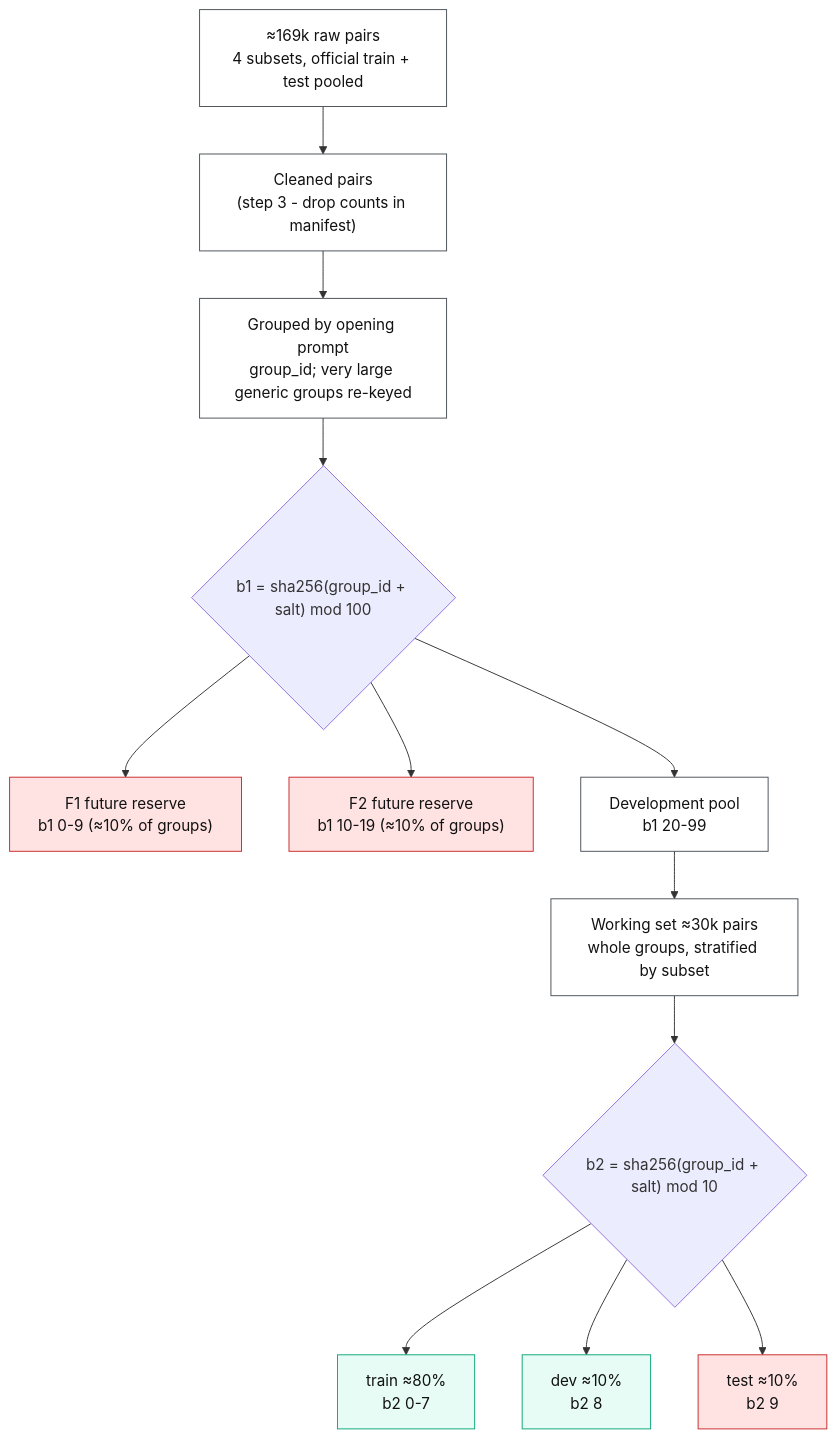
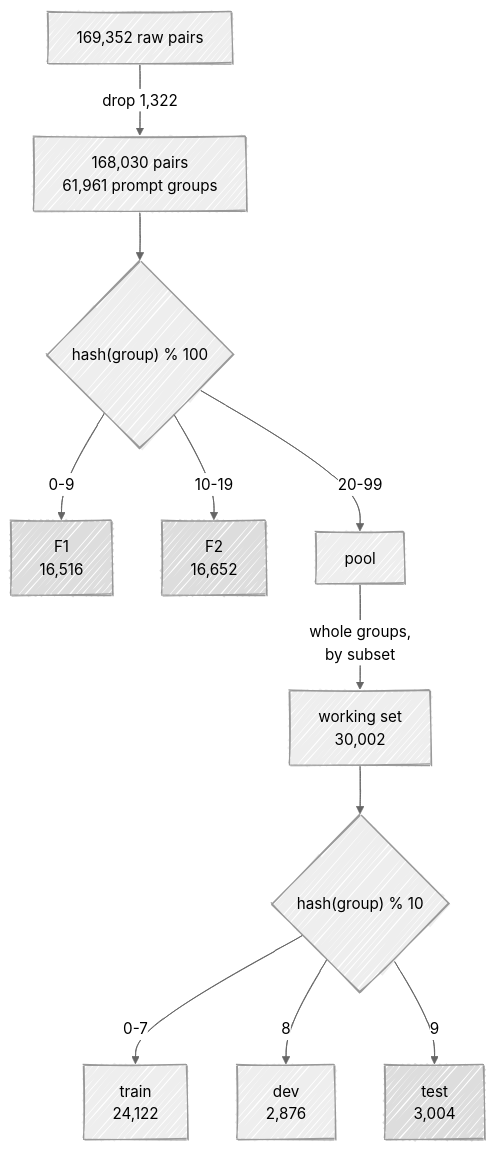
Before and after one commit to bounchun/rlhf-reward-model-pipeline-m2: the diagram in docs/diagrams/splits.mmd, drawn with Mermaid. The commit also changed 3 other files, not shown here.

```diff
--- a/docs/diagrams/splits.mmd
+++ b/docs/diagrams/splits.mmd
@@ -1,27 +1,19 @@
+---
+config:
+  look: handDrawn
+  theme: neutral
+---
 flowchart TD
-  A["≈169k raw pairs<br/>4 subsets, official train + test pooled"]
-  B["Cleaned pairs<br/>(step 3 - drop counts in manifest)"]
-  C["Grouped by opening prompt<br/>group_id; very large generic groups re-keyed"]
-  D{"b1 = sha256(group_id + salt) mod 100"}
-  F1["F1 future reserve<br/>b1 0-9 (≈10% of groups)"]
-  F2["F2 future reserve<br/>b1 10-19 (≈10% of groups)"]
-  P["Development pool<br/>b1 20-99"]
-  W["Working set ≈30k pairs<br/>whole groups, stratified by subset"]
-  E{"b2 = sha256(group_id + salt) mod 10"}
-  TR["train ≈80%<br/>b2 0-7"]
-  DV["dev ≈10%<br/>b2 8"]
-  TE["test ≈10%<br/>b2 9"]
-  A --> B --> C --> D
-  D --> F1
-  D --> F2
-  D --> P --> W --> E
-  E --> TR
-  E --> DV
-  E --> TE
+  RAW["169,352 raw pairs"] -->|"drop 1,322"| CLEAN["168,030 pairs<br>61,961 prompt groups"]
+  CLEAN --> B1{"hash(group) % 100"}
+  B1 -->|0-9| F1["F1<br>16,516"]
+  B1 -->|10-19| F2["F2<br>16,652"]
+  B1 -->|20-99| POOL[pool]
+  POOL -->|"whole groups,<br>by subset"| WS["working set<br>30,002"]
+  WS --> B2{"hash(group) % 10"}
+  B2 -->|0-7| TR["train<br>24,122"]
+  B2 -->|8| DV["dev<br>2,876"]
+  B2 -->|9| TE["test<br>3,004"]
 
-  classDef fut fill:#ffe3e3,stroke:#c92a2a,color:#111;
-  classDef tr fill:#e6fcf5,stroke:#0ca678,color:#111;
-  classDef box fill:#ffffff,stroke:#495057,color:#111;
-  class F1,F2,TE fut;
-  class TR,DV tr;
-  class A,B,C,P,W box;
+  classDef held fill:#ddd;
+  class F1,F2,TE held;
```
